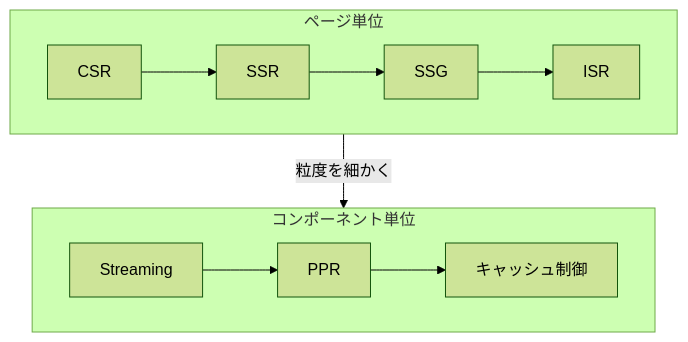
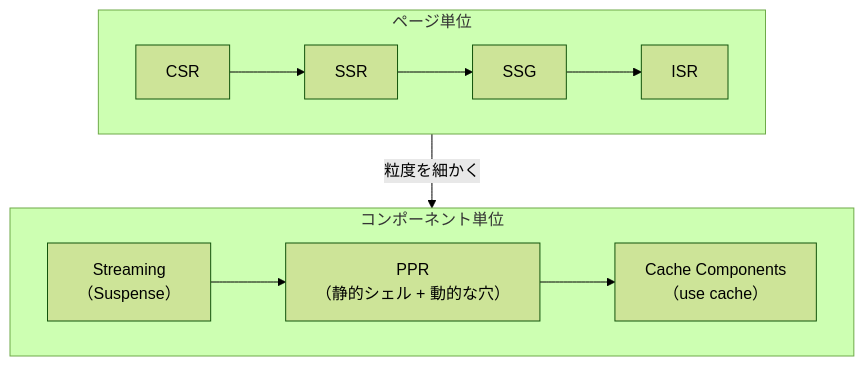
The seventh of 7 diagrams in docs/drafts/004/index.md (ozaki25/web-front-training-ozaki25), drawn with Mermaid (forest theme) before and after one commit. The commit also changed other lines of this file, not shown here.

First line of the commit message:
レンダリング戦略を書き直し: SSR の律速問題、Suspense、PPR のインフラ依存、Cache Components（use cache / cacheLife / cacheTag）を拡充

````diff
--- a/docs/drafts/004/index.md
+++ b/docs/drafts/004/index.md
@@ -153,12 +246,12 @@
 ```mermaid
 flowchart TB
   subgraph page_level["ページ単位"]
     direction LR
     CSR["CSR"] --> SSR["SSR"] --> SSG["SSG"] --> ISR["ISR"]
   end
   subgraph component_level["コンポーネント単位"]
     direction LR
-    Stream["Streaming"] --> PPR["PPR"] --> Cache["キャッシュ制御"]
+    Stream["Streaming\n（Suspense）"] --> PPR["PPR\n（静的シェル + 動的な穴）"] --> Cache["Cache Components\n（use cache）"]
   end
   page_level -->|粒度を細かく| component_level
 ```
````
